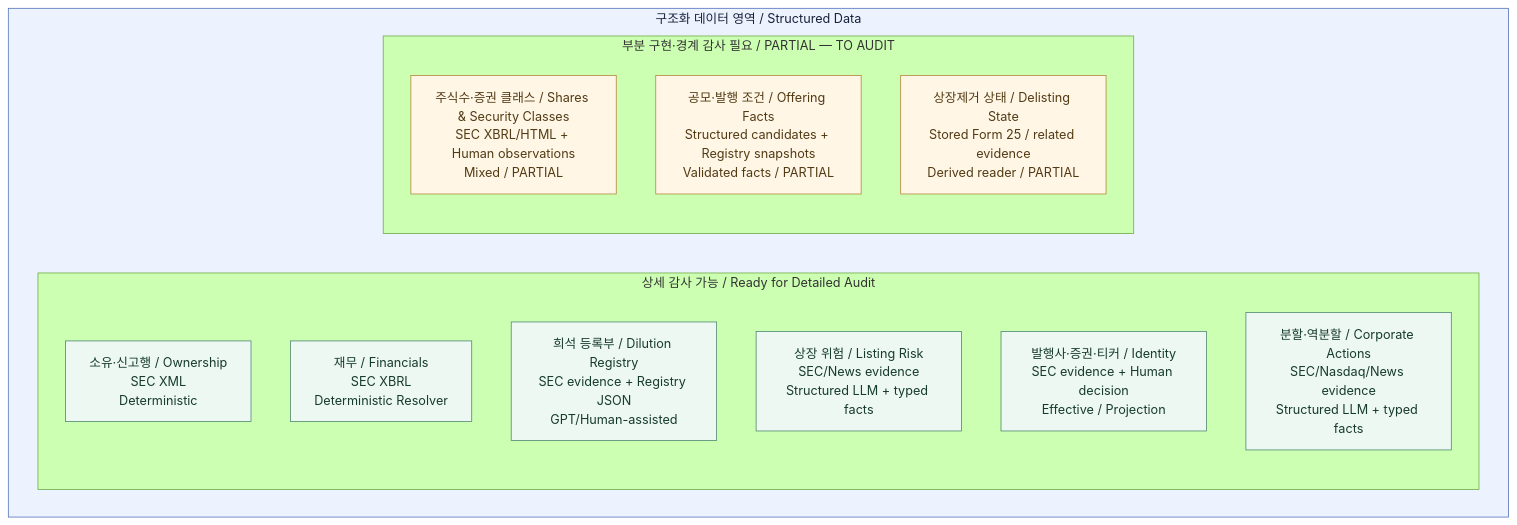
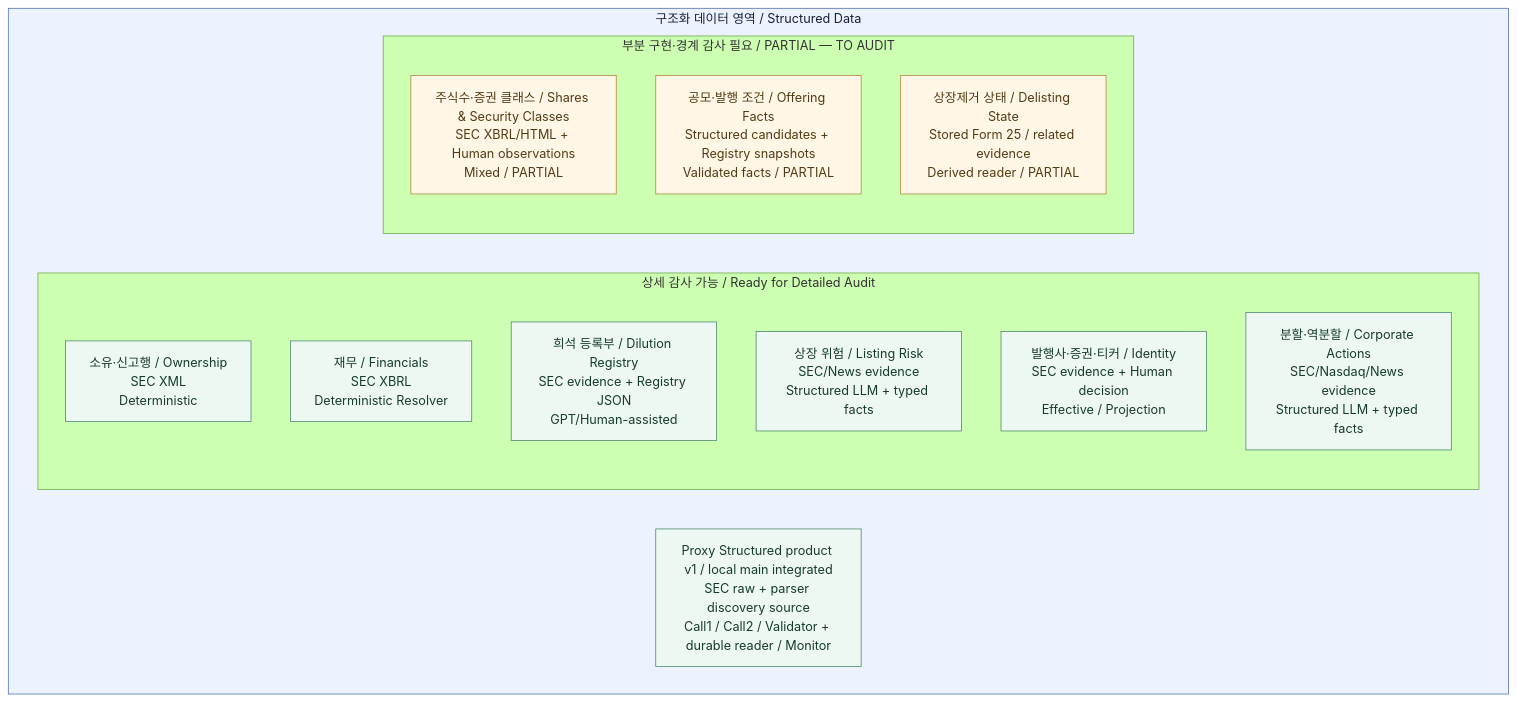
One commit to jaytheasset/us-stock-radar changed the diagram in docs/architecture/map/02-structured-data-overview.md. Above: the diagram before and after it, drawn with Mermaid (forest theme). The commit also changed other lines of this file and 7 other files, not shown here.

Commit message:
docs: close Proxy Structured product v1 local main handoff

````diff
--- a/docs/architecture/map/02-structured-data-overview.md
+++ b/docs/architecture/map/02-structured-data-overview.md
@@ -20,47 +28,51 @@
 ```mermaid
 flowchart TB
     subgraph structured["구조화 데이터 영역 / Structured Data"]
     subgraph ready["상세 감사 가능 / Ready for Detailed Audit"]
         direction TB
         ownership["소유·신고행 / Ownership
 SEC XML
 Deterministic"]
         financials["재무 / Financials
 SEC XBRL
 Deterministic Resolver"]
         dilution["희석 등록부 / Dilution Registry
 SEC evidence + Registry JSON
 GPT/Human-assisted"]
         listing["상장 위험 / Listing Risk
 SEC/News evidence
 Structured LLM + typed facts"]
         identity["발행사·증권·티커 / Identity
 SEC evidence + Human decision
 Effective / Projection"]
         actions["분할·역분할 / Corporate Actions
 SEC/Nasdaq/News evidence
 Structured LLM + typed facts"]
     end
 
     subgraph partial["부분 구현·경계 감사 필요 / PARTIAL — TO AUDIT"]
         direction TB
         shares["주식수·증권 클래스 / Shares & Security Classes
 SEC XBRL/HTML + Human observations
 Mixed / PARTIAL"]
         offering["공모·발행 조건 / Offering Facts
 Structured candidates + Registry snapshots
 Validated facts / PARTIAL"]
         delisting["상장제거 상태 / Delisting State
 Stored Form 25 / related evidence
 Derived reader / PARTIAL"]
     end
 
+    proxy["Proxy Structured product v1 / local main integrated
+SEC raw + parser discovery source
+Call1 / Call2 / Validator + durable reader / Monitor"]
+
     end
 
     classDef scope fill:#edf2ff,stroke:#5271b8,color:#17223b
     classDef readyBox fill:#edf8f3,stroke:#4c8870,color:#173b2d
     classDef partialBox fill:#fff6e6,stroke:#b3863b,color:#523b14
     class structured scope
-    class ownership,financials,dilution,listing,identity,actions readyBox
+    class ownership,financials,dilution,listing,identity,actions,proxy readyBox
     class shares,offering,delisting partialBox
 ```
````
